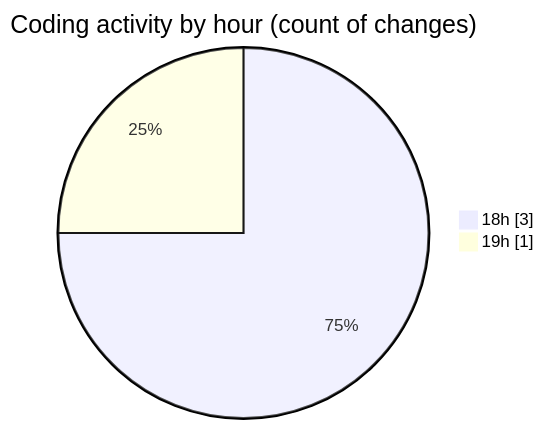
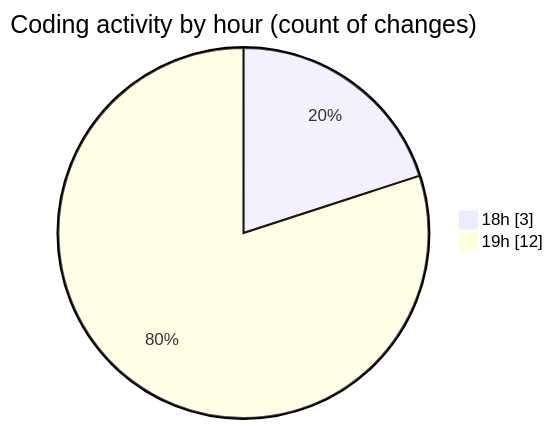
Before and after one commit to Netris89/code-tracking: the second of 2 diagrams in 2025-04-24/back-end/README.md, drawn with Mermaid. The commit also changed other lines of this file and 1 other file, not shown here.

````diff
--- a/2025-04-24/back-end/README.md
+++ b/2025-04-24/back-end/README.md
@@ -29,6 +29,6 @@
 ```mermaid
 pie showData
 title Coding activity by hour (count of changes)
 "18h" : 3
-"19h" : 1
+"19h" : 12
 ```
````
